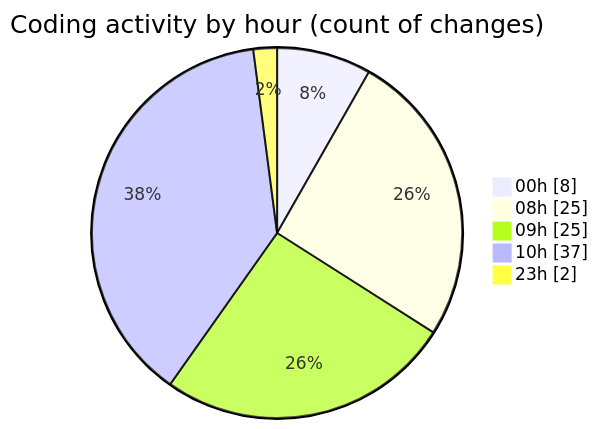
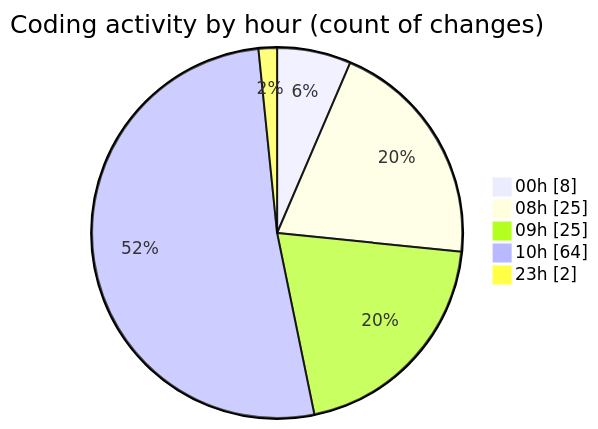
Before and after one commit to EIIisD/code-tracking: the second of 2 diagrams in 2025-08-13/ribbon/README.md, drawn with Mermaid. The commit also changed other lines of this file and 1 other file, not shown here.

````diff
--- a/2025-08-13/ribbon/README.md
+++ b/2025-08-13/ribbon/README.md
@@ -38,9 +38,9 @@
 ```mermaid
 pie showData
 title Coding activity by hour (count of changes)
 "00h" : 8
 "08h" : 25
 "09h" : 25
-"10h" : 37
+"10h" : 64
 "23h" : 2
 ```
````
